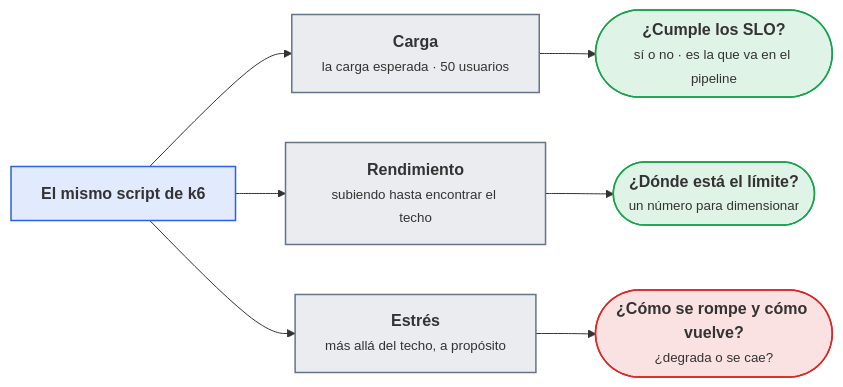
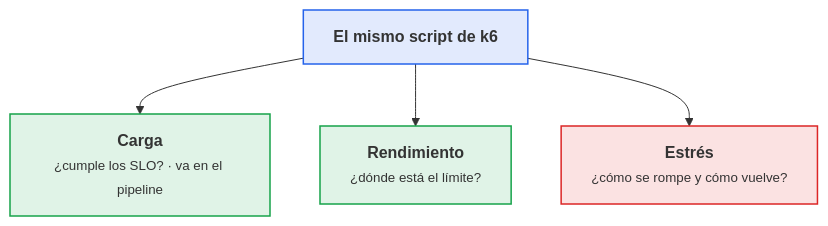
The fourth of 6 diagrams in docs/ut/ut4-kpi-pruebas.md (victor-educ/apuntes-5169), drawn with Mermaid before and after one commit. The commit also changed other lines of this file and 6 other files, not shown here.

````diff
--- a/docs/ut/ut4-kpi-pruebas.md
+++ b/docs/ut/ut4-kpi-pruebas.md
@@ -595,19 +735,11 @@
 ```mermaid
-flowchart LR
+flowchart TB
     S["<b>El mismo script de k6</b>"]:::dato
-    C["<b>Carga</b><br><small>la carga esperada · 50 usuarios</small>"]:::pieza
-    R["<b>Rendimiento</b><br><small>subiendo hasta encontrar el techo</small>"]:::pieza
-    E["<b>Estrés</b><br><small>más allá del techo, a propósito</small>"]:::pieza
-    CQ(["<b>¿Cumple los SLO?</b><br><small>sí o no · es la que va en el pipeline</small>"]):::ok
-    RQ(["<b>¿Dónde está el límite?</b><br><small>un número para dimensionar</small>"]):::ok
-    EQ(["<b>¿Cómo se rompe y cómo vuelve?</b><br><small>¿degrada o se cae?</small>"]):::riesgo
-    S --> C --> CQ
-    S --> R --> RQ
-    S --> E --> EQ
-    classDef act fill:#ea580c22,stroke:#ea580c,stroke-width:1.5px
-    classDef pieza fill:#64748b22,stroke:#64748b,stroke-width:1.5px
+    C["<b>Carga</b><br><small>¿cumple los SLO? · va en el pipeline</small>"]:::ok
+    R["<b>Rendimiento</b><br><small>¿dónde está el límite?</small>"]:::ok
+    E["<b>Estrés</b><br><small>¿cómo se rompe y cómo vuelve?</small>"]:::riesgo
+    S --> C & R & E
     classDef dato fill:#2563eb22,stroke:#2563eb,stroke-width:1.5px
-    classDef infra fill:#a1a1aa14,stroke:#a1a1aa,stroke-width:1.5px
     classDef ok fill:#16a34a22,stroke:#16a34a,stroke-width:1.5px
     classDef riesgo fill:#dc262622,stroke:#dc2626,stroke-width:1.5px
 ```
````
